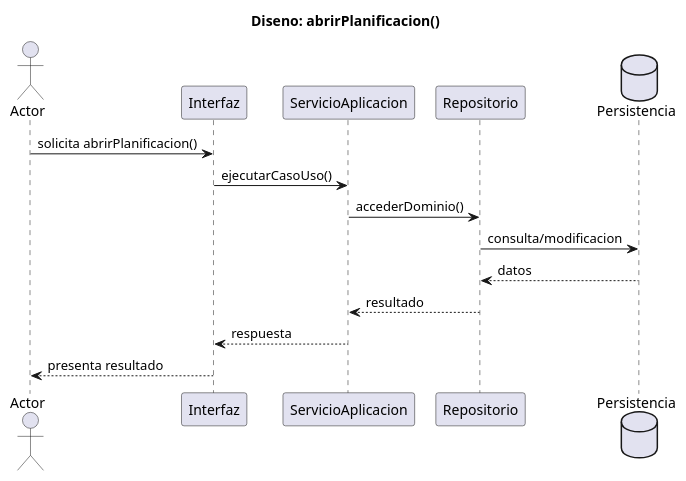
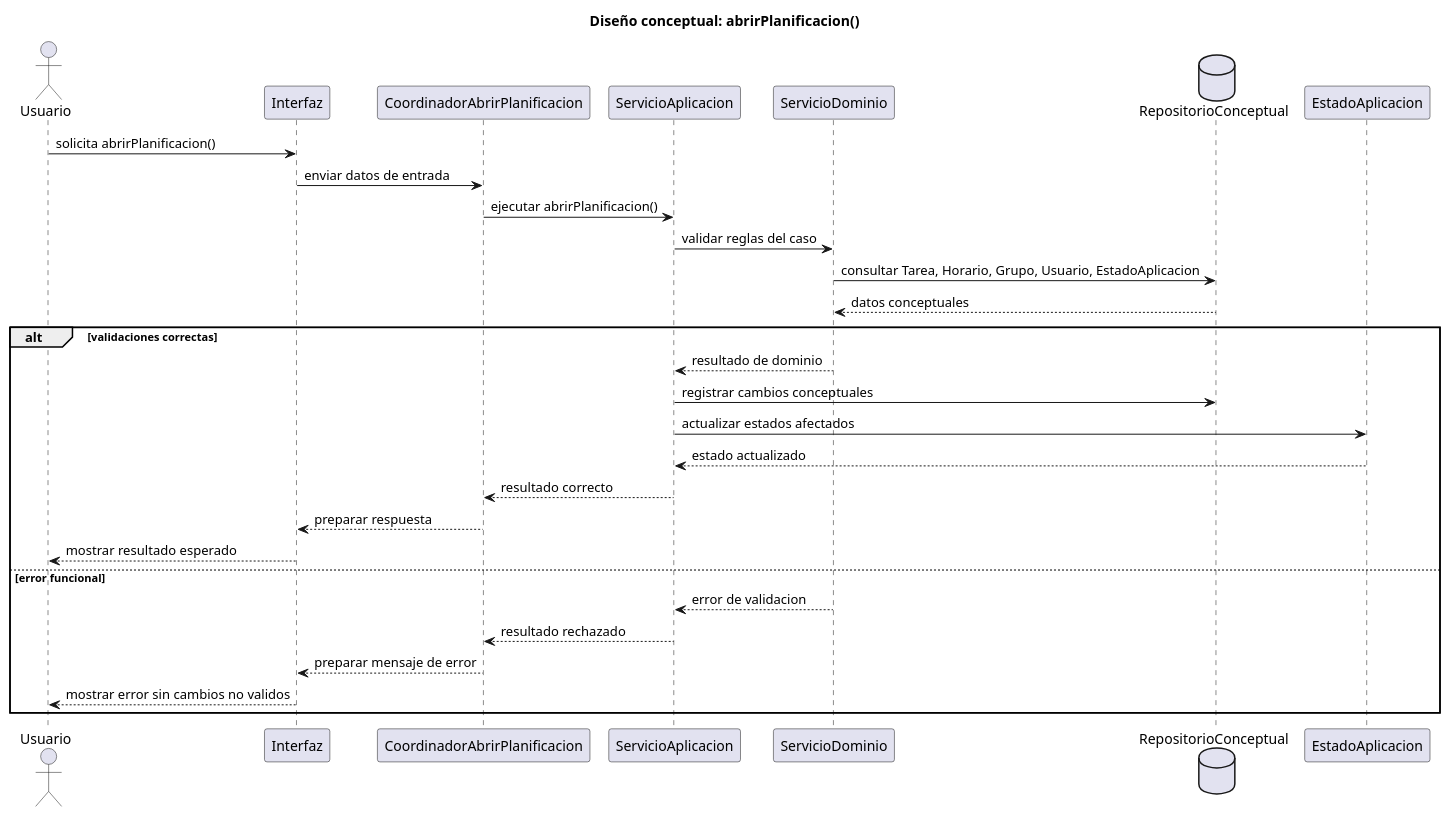
One commit to inigovaqueroo04/25-26-idsw2-sdVC changed the diagram in documents/RUP/02-diseño/casos-uso/planificacion-configuracion/abrirPlanificacion/secuencia.puml. Above: the diagram before and after it, drawn with PlantUML. The commit also changed 55 other files, not shown here.

Commit message:
docs: completar diseño RUP conceptual

```diff
--- a/documents/RUP/02-diseño/casos-uso/planificacion-configuracion/abrirPlanificacion/secuencia.puml
+++ b/documents/RUP/02-diseño/casos-uso/planificacion-configuracion/abrirPlanificacion/secuencia.puml
@@ -1,19 +1,34 @@
 @startuml abrirPlanificacion-diseno-secuencia
-actor "Actor" as Actor
-participant "Interfaz" as UI
-participant "ServicioAplicacion" as Servicio
-participant "Repositorio" as Repositorio
-database "Persistencia" as BD
+title Diseño conceptual: abrirPlanificacion()
 
-title Diseno: abrirPlanificacion()
+actor "Usuario" as Usuario
+participant "Interfaz" as Interfaz
+participant "CoordinadorAbrirPlanificacion" as Coordinador
+participant "ServicioAplicacion" as ServicioAplicacion
+participant "ServicioDominio" as ServicioDominio
+database "RepositorioConceptual" as Repositorio
+participant "EstadoAplicacion" as EstadoAplicacion
 
-Actor -> UI : solicita abrirPlanificacion()
-UI -> Servicio : ejecutarCasoUso()
-Servicio -> Repositorio : accederDominio()
-Repositorio -> BD : consulta/modificacion
-BD --> Repositorio : datos
-Repositorio --> Servicio : resultado
-Servicio --> UI : respuesta
-UI --> Actor : presenta resultado
+Usuario -> Interfaz : solicita abrirPlanificacion()
+Interfaz -> Coordinador : enviar datos de entrada
+Coordinador -> ServicioAplicacion : ejecutar abrirPlanificacion()
+ServicioAplicacion -> ServicioDominio : validar reglas del caso
+ServicioDominio -> Repositorio : consultar Tarea, Horario, Grupo, Usuario, EstadoAplicacion
+Repositorio --> ServicioDominio : datos conceptuales
+
+alt validaciones correctas
+  ServicioDominio --> ServicioAplicacion : resultado de dominio
+  ServicioAplicacion -> Repositorio : registrar cambios conceptuales
+  ServicioAplicacion -> EstadoAplicacion : actualizar estados afectados
+  EstadoAplicacion --> ServicioAplicacion : estado actualizado
+  ServicioAplicacion --> Coordinador : resultado correcto
+  Coordinador --> Interfaz : preparar respuesta
+  Interfaz --> Usuario : mostrar resultado esperado
+else error funcional
+  ServicioDominio --> ServicioAplicacion : error de validacion
+  ServicioAplicacion --> Coordinador : resultado rechazado
+  Coordinador --> Interfaz : preparar mensaje de error
+  Interfaz --> Usuario : mostrar error sin cambios no validos
+end
 
 @enduml
```
